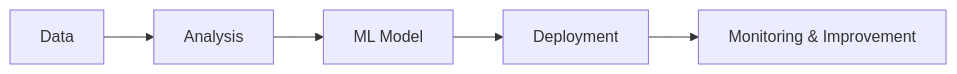
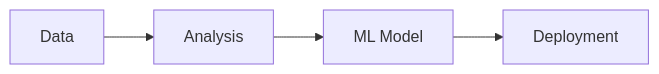
The first of 3 diagrams in 07-from-analysis-to-ml.qmd (tmbuza/data-science), drawn with Mermaid before and after one commit. The commit also changed other lines of this file and 2 other files, not shown here.

Commit message:
Refine DS-L07 with Mermaid diagrams, CI/CD loop integration, and improved takeaway formatting

````diff
--- a/07-from-analysis-to-ml.qmd
+++ b/07-from-analysis-to-ml.qmd
@@ -48,7 +48,6 @@
 ```{mermaid}
 flowchart LR
     A[Data] --> B[Analysis]
     B --> C[ML Model]
     C --> D[Deployment]
-    D --> E[Monitoring & Improvement]
 ```
````
